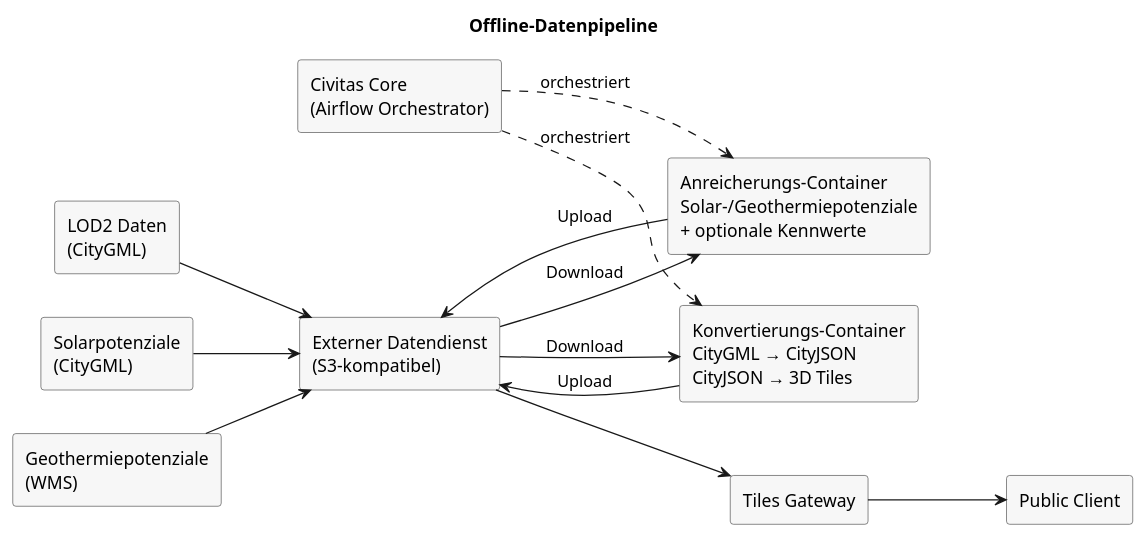
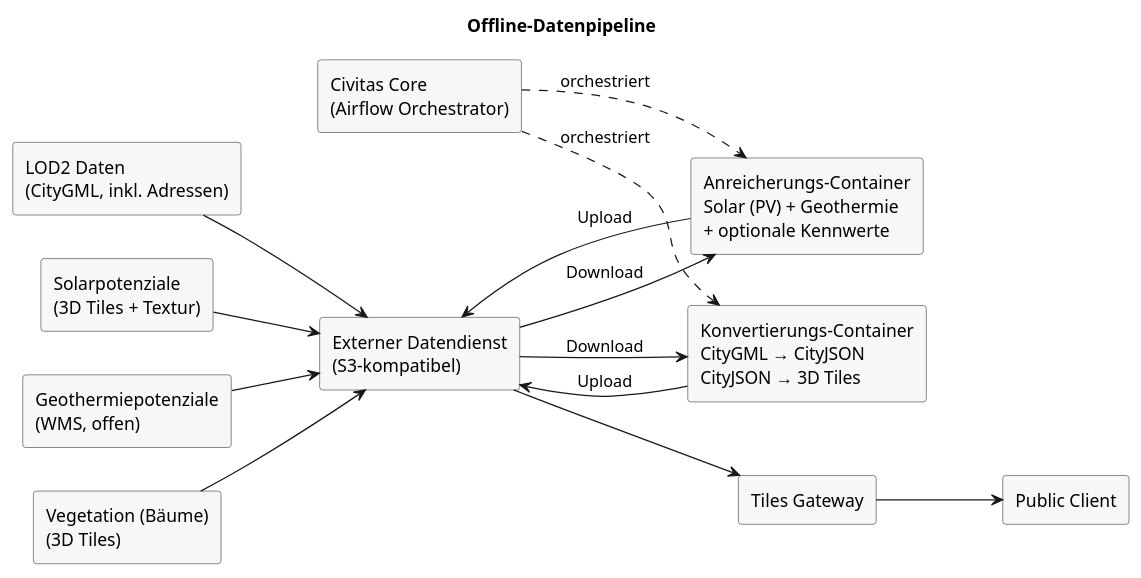
Before and after one commit to csi-FOXBYTE/Regensburg_DigitalerEnergieZwilling_Backend: the diagram in docs/architecture/raw/offline-data-pipeline.puml, drawn with PlantUML. The commit also changed 19 other files, not shown here.

```diff
--- a/docs/architecture/raw/offline-data-pipeline.puml
+++ b/docs/architecture/raw/offline-data-pipeline.puml
@@ -1,36 +1,38 @@
 @startuml
 left to right direction
 skinparam rectangle {
   BackgroundColor #F7F7F7
   BorderColor #444444
 }
 
 title Offline-Datenpipeline
 
-rectangle "LOD2 Daten\n(CityGML)" as lod2
-rectangle "Solarpotenziale\n(CityGML)" as solar
-rectangle "Geothermiepotenziale\n(WMS)" as geo
+rectangle "LOD2 Daten\n(CityGML, inkl. Adressen)" as lod2
+rectangle "Solarpotenziale\n(3D Tiles + Textur)" as solar
+rectangle "Geothermiepotenziale\n(WMS, offen)" as geo
+rectangle "Vegetation (Bäume)\n(3D Tiles)" as trees
 
 rectangle "Externer Datendienst\n(S3-kompatibel)" as s3
 rectangle "Civitas Core\n(Airflow Orchestrator)" as airflow
 rectangle "Konvertierungs-Container\nCityGML → CityJSON\nCityJSON → 3D Tiles" as convert
-rectangle "Anreicherungs-Container\nSolar-/Geothermiepotenziale\n+ optionale Kennwerte" as enrich
+rectangle "Anreicherungs-Container\nSolar (PV) + Geothermie\n+ optionale Kennwerte" as enrich
 
 rectangle "Tiles Gateway" as gw
 rectangle "Public Client" as client
 
 lod2 --> s3
 solar --> s3
 geo --> s3
+trees --> s3
 
 airflow ..> convert : orchestriert
 airflow ..> enrich : orchestriert
 s3 --> convert : Download
 convert --> s3 : Upload
 s3 --> enrich : Download
 enrich --> s3 : Upload
 
 s3 --> gw
 gw --> client
 
 @enduml
```
